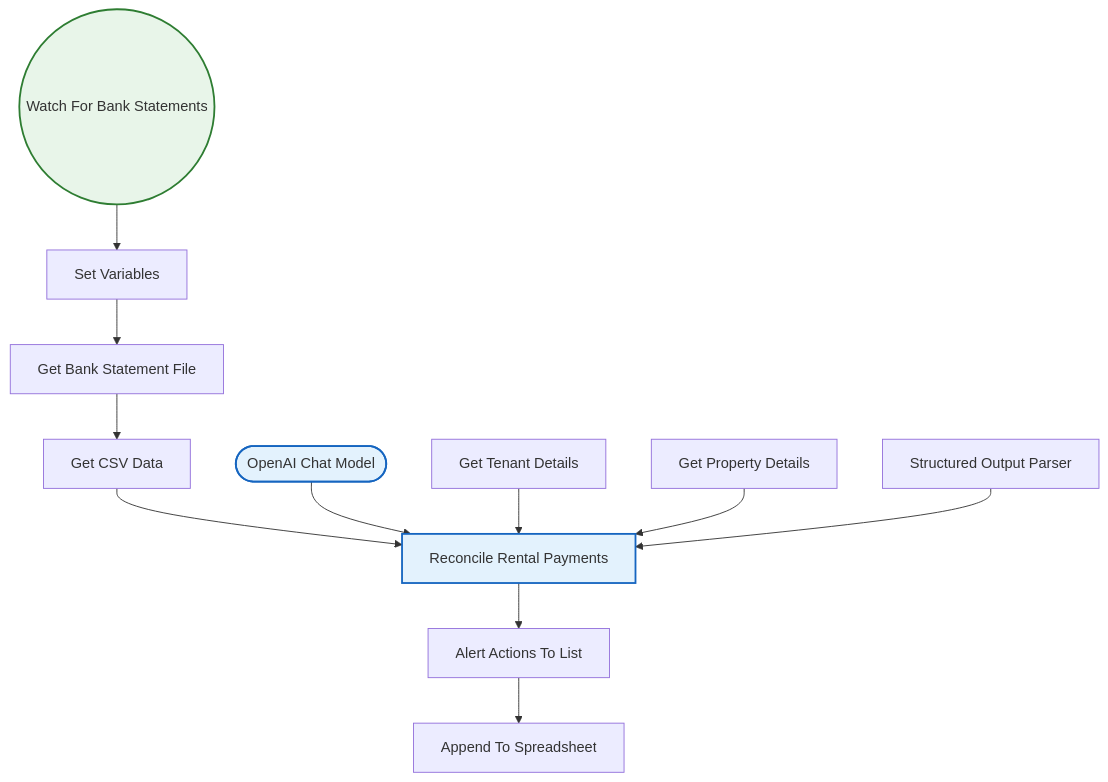
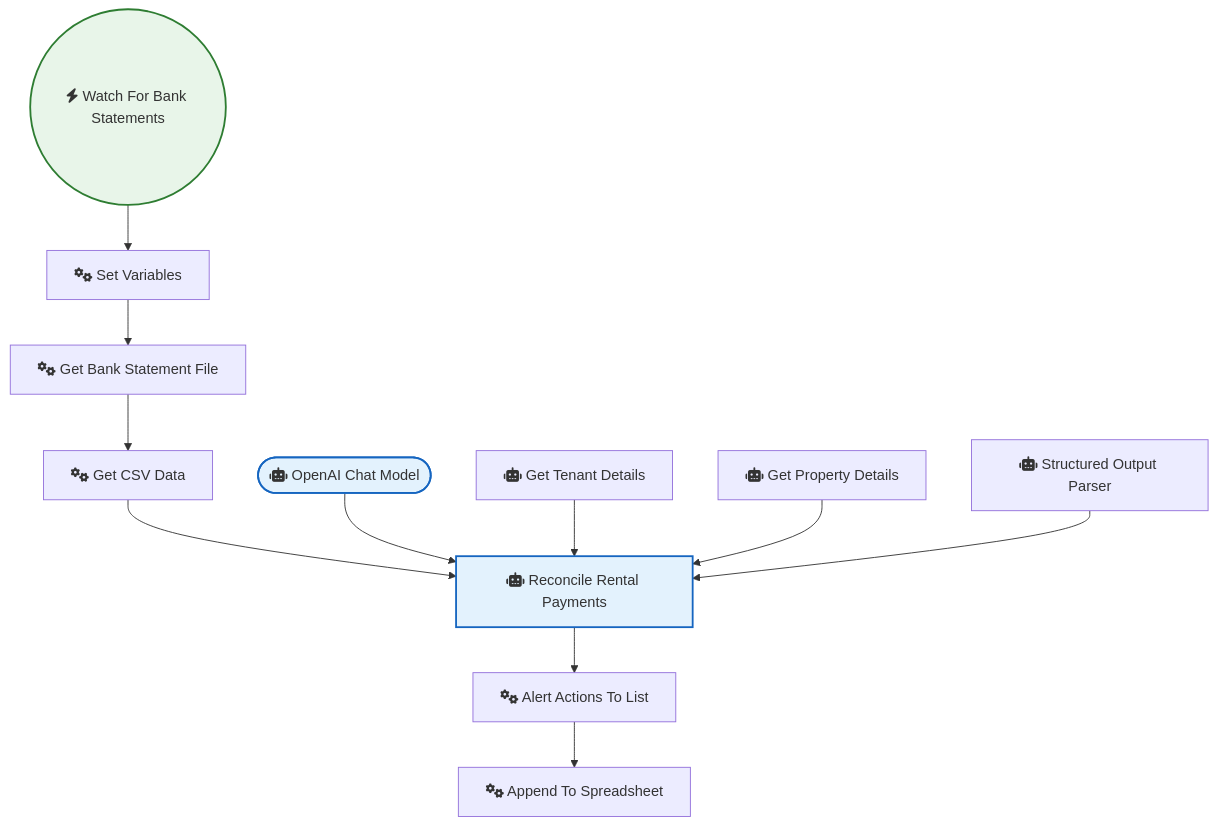
The diagram in AI_Research_RAG_and_Data_Analysis/Reconcile Rent Payments with Local Excel Spreadsheet and OpenAI.md (sreyash3105/N8N-DEMO-AUTOMATIONS), drawn with Mermaid before and after one commit. The commit also changed 291 other files, not shown here.

````diff
--- a/AI_Research_RAG_and_Data_Analysis/Reconcile Rent Payments with Local Excel Spreadsheet and OpenAI.md
+++ b/AI_Research_RAG_and_Data_Analysis/Reconcile Rent Payments with Local Excel Spreadsheet and OpenAI.md
@@ -1,29 +1,29 @@
 ```mermaid
 graph TD
     classDef trigger fill:#e8f5e9,stroke:#2e7d32,stroke-width:2px;
     classDef ai fill:#e3f2fd,stroke:#1565c0,stroke-width:2px;
     classDef logic fill:#fff3e0,stroke:#ef6c00,stroke-width:2px;
 
-    Watch_For_Bank_Statements(("Watch For Bank Statements")):::trigger
-    Get_Tenant_Details["Get Tenant Details"]
-    Structured_Output_Parser["Structured Output Parser"]
-    Get_Bank_Statement_File["Get Bank Statement File"]
-    Get_CSV_Data["Get CSV Data"]
-    Alert_Actions_To_List["Alert Actions To List"]
-    Get_Property_Details["Get Property Details"]
-    Set_Variables["Set Variables"]
-    Append_To_Spreadsheet["Append To Spreadsheet"]
-    OpenAI_Chat_Model(["OpenAI Chat Model"]):::ai
-    Reconcile_Rental_Payments["Reconcile Rental Payments"]:::ai
+    Watch_For_Bank_Statements(("fas:fa-bolt Watch For Bank Statements")):::trigger
+    Get_Tenant_Details["fas:fa-robot Get Tenant Details"]
+    Structured_Output_Parser["fas:fa-robot Structured Output Parser"]
+    Get_Bank_Statement_File["fas:fa-cogs Get Bank Statement File"]
+    Get_CSV_Data["fas:fa-cogs Get CSV Data"]
+    Alert_Actions_To_List["fas:fa-cogs Alert Actions To List"]
+    Get_Property_Details["fas:fa-robot Get Property Details"]
+    Set_Variables["fas:fa-cogs Set Variables"]
+    Append_To_Spreadsheet["fas:fa-cogs Append To Spreadsheet"]
+    OpenAI_Chat_Model(["fas:fa-robot OpenAI Chat Model"]):::ai
+    Reconcile_Rental_Payments["fas:fa-robot Reconcile Rental Payments"]:::ai
 
     Get_CSV_Data --> Reconcile_Rental_Payments
     Set_Variables --> Get_Bank_Statement_File
     OpenAI_Chat_Model --> Reconcile_Rental_Payments
     Get_Tenant_Details --> Reconcile_Rental_Payments
     Get_Property_Details --> Reconcile_Rental_Payments
     Alert_Actions_To_List --> Append_To_Spreadsheet
     Get_Bank_Statement_File --> Get_CSV_Data
     Structured_Output_Parser --> Reconcile_Rental_Payments
     Reconcile_Rental_Payments --> Alert_Actions_To_List
     Watch_For_Bank_Statements --> Set_Variables
 ```
````
